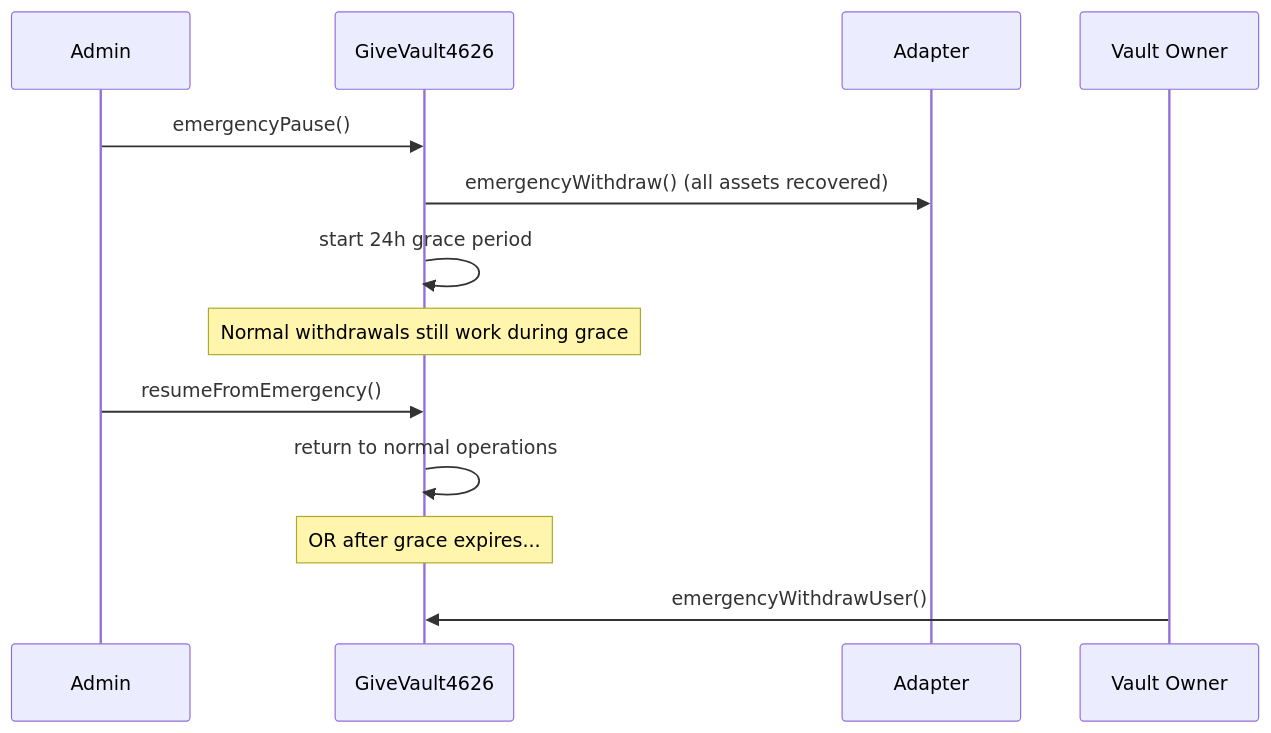
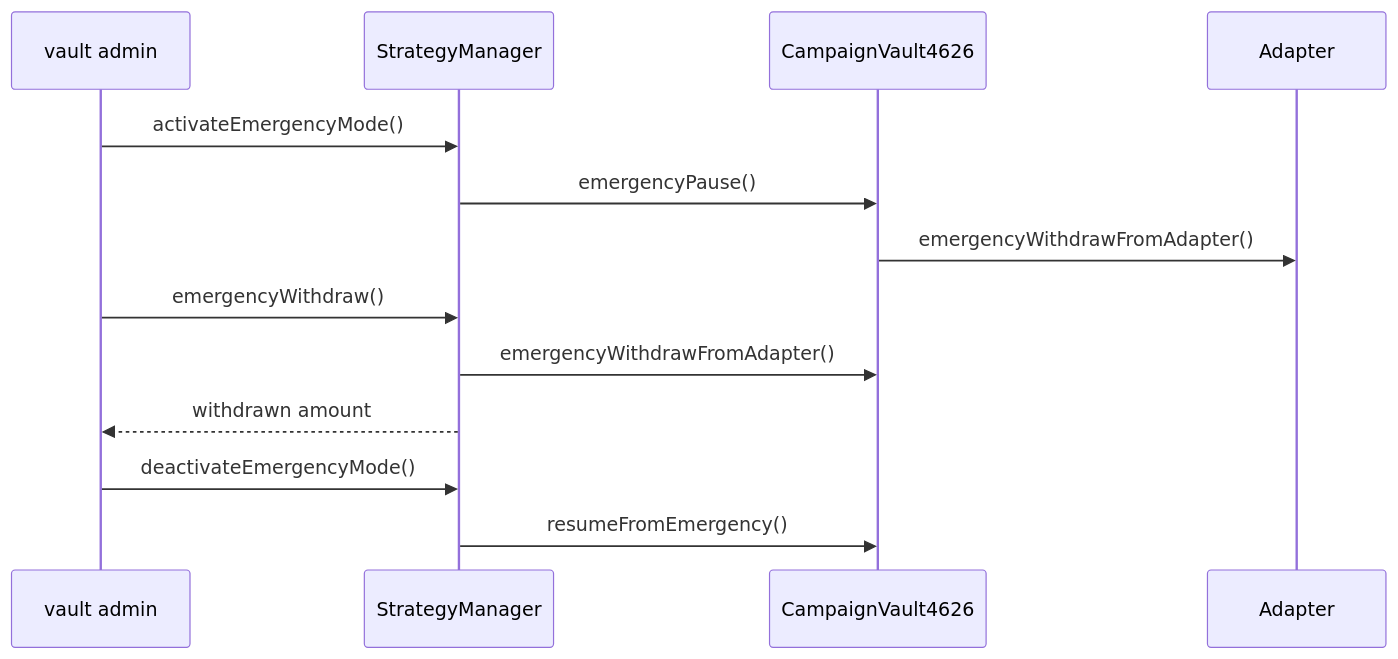
One commit to Eddy3129/give-protocol-v1 changed diagram 18 of 21 in README.md. Above: the diagram before and after it, drawn with Mermaid. The commit also changed other lines of this file and 1 other file, not shown here.

````diff
--- a/README.md
+++ b/README.md
@@ -262,15 +588,18 @@
 ```mermaid
 sequenceDiagram
-    participant Admin
-    participant Vault as GiveVault4626
+    participant Admin as vault admin
+    participant SM as StrategyManager
+    participant Vault as CampaignVault4626
     participant Adapter
 
-    Admin->>Vault: emergencyPause()
-    Vault->>Adapter: emergencyWithdraw() (all assets recovered)
-    Vault->>Vault: start 24h grace period
-    Note over Vault: Normal withdrawals still work during grace
-    Admin->>Vault: resumeFromEmergency()
-    Vault->>Vault: return to normal operations
-    Note over Vault: OR after grace expires...
-    Vault Owner->>Vault: emergencyWithdrawUser()
+    Admin->>SM: activateEmergencyMode()
+    SM->>Vault: emergencyPause()
+    Vault->>Adapter: emergencyWithdrawFromAdapter()
+
+    Admin->>SM: emergencyWithdraw()
+    SM->>Vault: emergencyWithdrawFromAdapter()
+    SM-->>Admin: withdrawn amount
+
+    Admin->>SM: deactivateEmergencyMode()
+    SM->>Vault: resumeFromEmergency()
 ```
````
